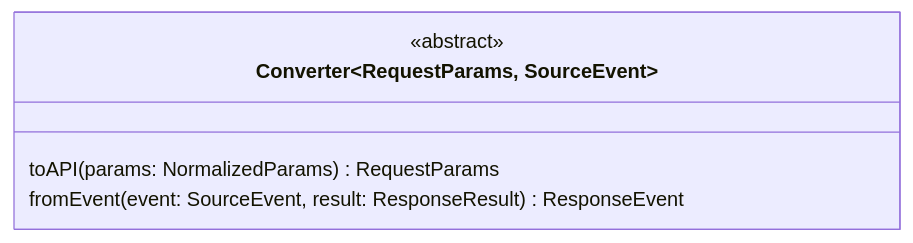
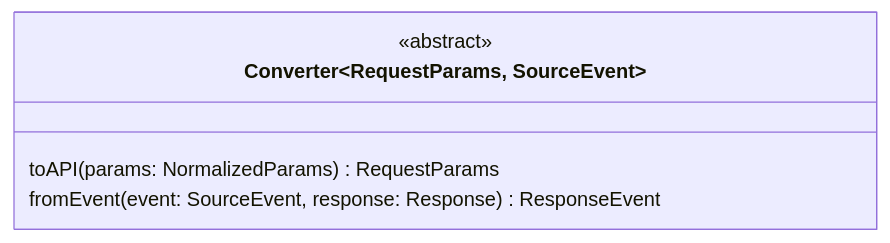
One commit to maozy13/neuralink changed the diagram in design/converter.md. Above: the diagram before and after it, drawn with Mermaid. The commit also changed other lines of this file and 17 other files, not shown here.

Commit message:
refactor: ResponseEvent 采用新的定义，降低各个模型服务 SourceEvent 转化的复杂度

````diff
--- a/design/converter.md
+++ b/design/converter.md
@@ -5,9 +5,9 @@
 ```mermaid
 classDiagram
 
 class Converter~RequestParams, SourceEvent~ {
   <<abstract>>
   toAPI(params: NormalizedParams) RequestParams
-  fromEvent(event: SourceEvent, result: ResponseResult) ResponseEvent
+  fromEvent(event: SourceEvent, response: Response) ResponseEvent
 }
 ```
````
